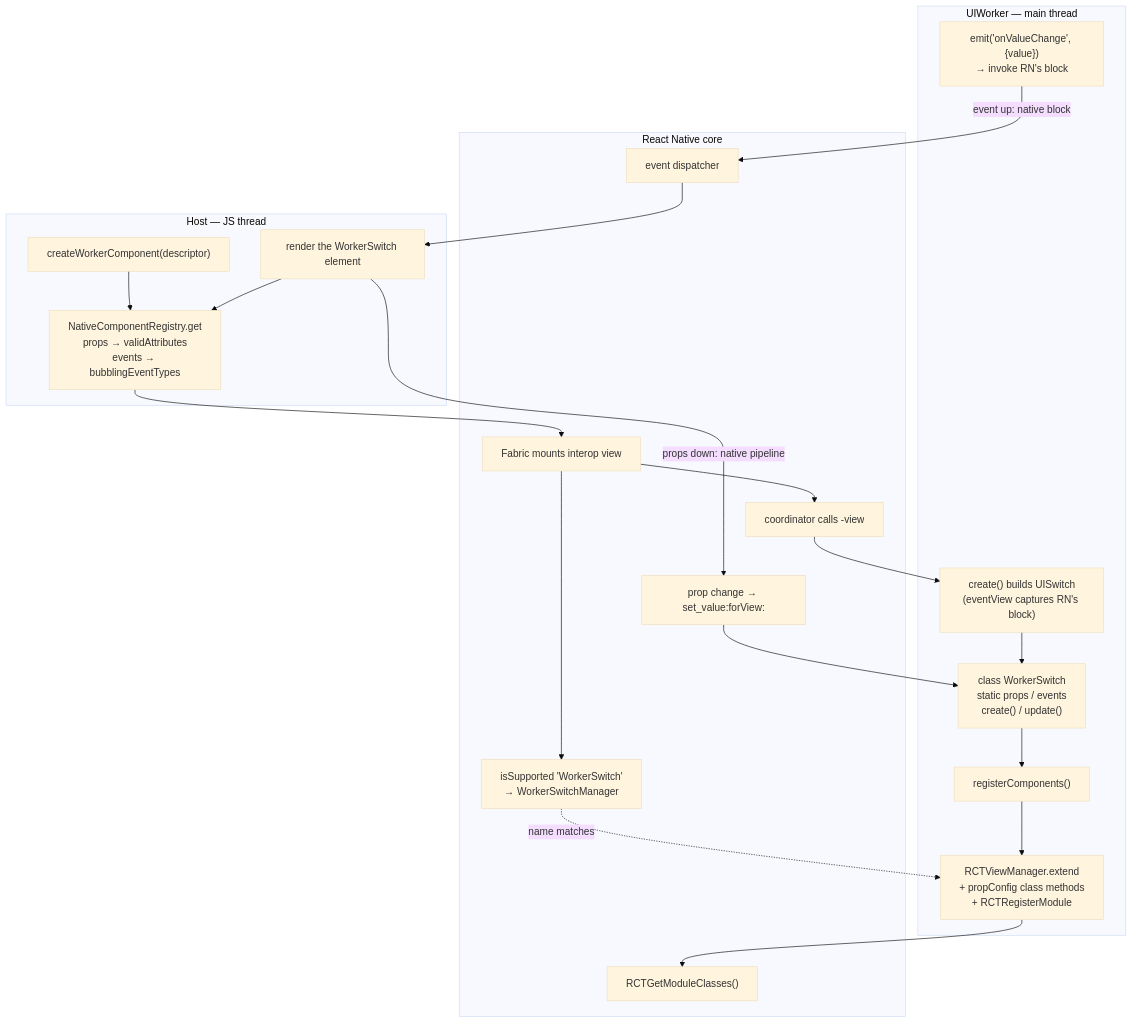
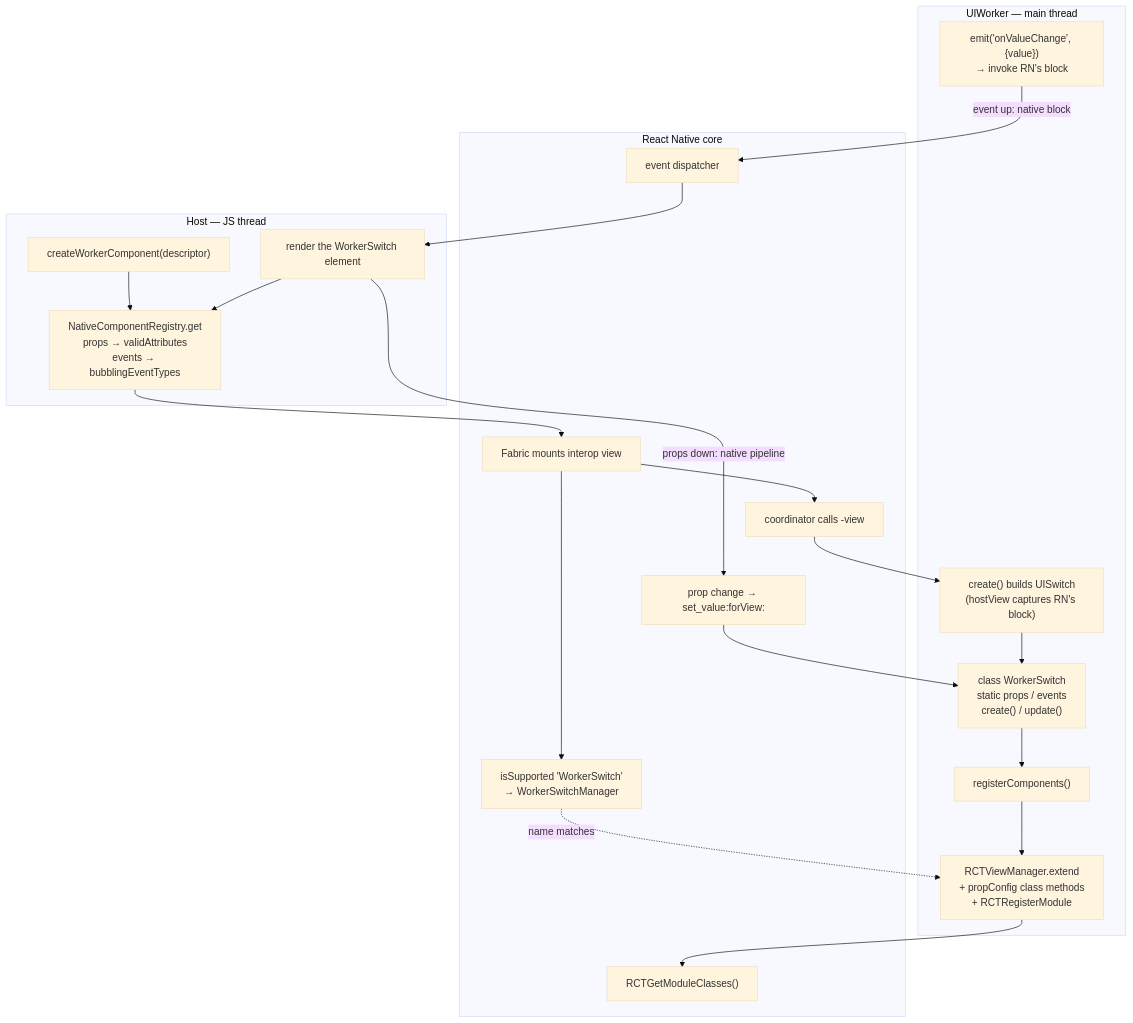
Before and after one commit to ammarahm-ed/react-native-workers: the diagram in docs/docs/tutorials/worker-native-components.md, drawn with Mermaid (base theme). The commit also changed other lines of this file and 35 other files, not shown here.

````diff
--- a/docs/docs/tutorials/worker-native-components.md
+++ b/docs/docs/tutorials/worker-native-components.md
@@ -317,33 +374,33 @@
 ```mermaid
 flowchart TB
   subgraph W["UIWorker — main thread"]
     WC["class WorkerSwitch<br/>static props / events<br/>create() / update()"]
     WR["registerComponents()"]
     WM["RCTViewManager.extend<br/>+ propConfig class methods<br/>+ RCTRegisterModule"]
-    WV["create() builds UISwitch<br/>(eventView captures RN's block)"]
+    WV["create() builds UISwitch<br/>(hostView captures RN's block)"]
     WE["emit('onValueChange', {value})<br/>→ invoke RN's block"]
   end
 
   subgraph RN["React Native core"]
     RG["RCTGetModuleClasses()"]
     RI["isSupported 'WorkerSwitch'<br/>→ WorkerSwitchManager"]
     RM["Fabric mounts interop view"]
     RV["coordinator calls -view"]
     RP["prop change → set_value:forView:"]
     RE["event dispatcher"]
   end
 
   subgraph H["Host — JS thread"]
     HR["createWorkerComponent(descriptor)"]
     HG["NativeComponentRegistry.get<br/>props → validAttributes<br/>events → bubblingEventTypes"]
     HJ["render the WorkerSwitch element"]
   end
 
   WC --> WR --> WM --> RG
   HR --> HG
   HJ --> HG --> RM --> RI
   RI -. name matches .-> WM
   RM --> RV --> WV --> WC
   HJ -- "props down: native pipeline" --> RP --> WC
   WE -- "event up: native block" --> RE --> HJ
 ```
````
